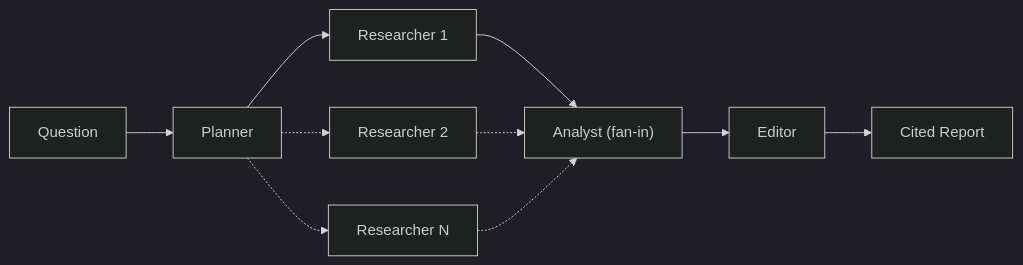
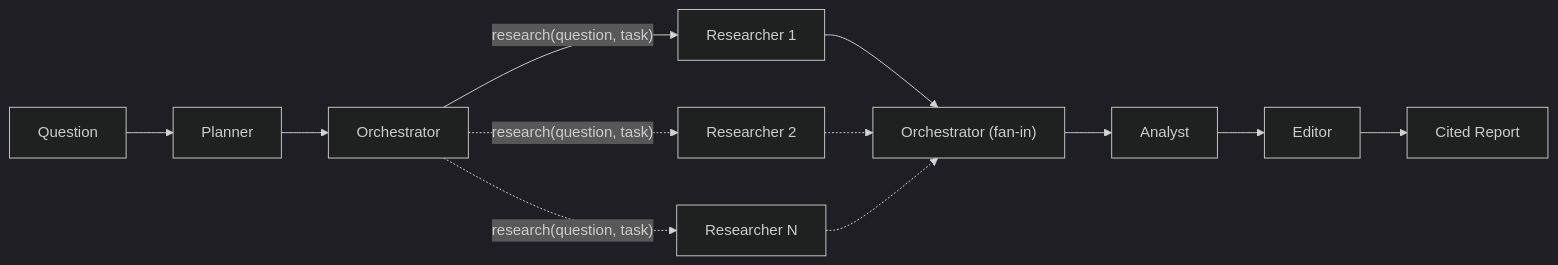
Before and after one commit to lyoness1/agent-orchestration-mcp: the fourth of 4 diagrams in DESIGN.md, drawn with Mermaid (dark theme). The commit also changed other lines of this file and 12 other files, not shown here.

First line of the commit message:
Add Researcher agent with Anthropic tool-use loop and ResearchResults models (#6)

````diff
--- a/DESIGN.md
+++ b/DESIGN.md
@@ -284,12 +296,14 @@
 ```mermaid
 flowchart LR
     Q["Question"] --> P["Planner"]
-    P --> R1["Researcher 1"]
-    P -.-> R2["Researcher 2"]
-    P -.-> Rn["Researcher N"]
-    R1 --> A["Analyst (fan-in)"]
-    R2 -.-> A
-    Rn -.-> A
+    P --> O["Orchestrator"]
+    O -->|"research(question, task)"| R1["Researcher 1"]
+    O -.->|"research(question, task)"| R2["Researcher 2"]
+    O -.->|"research(question, task)"| Rn["Researcher N"]
+    R1 --> O2["Orchestrator (fan-in)"]
+    R2 -.-> O2
+    Rn -.-> O2
+    O2 --> A["Analyst"]
     A --> E["Editor"]
     E --> OUT["Cited Report"]
 ```
````
